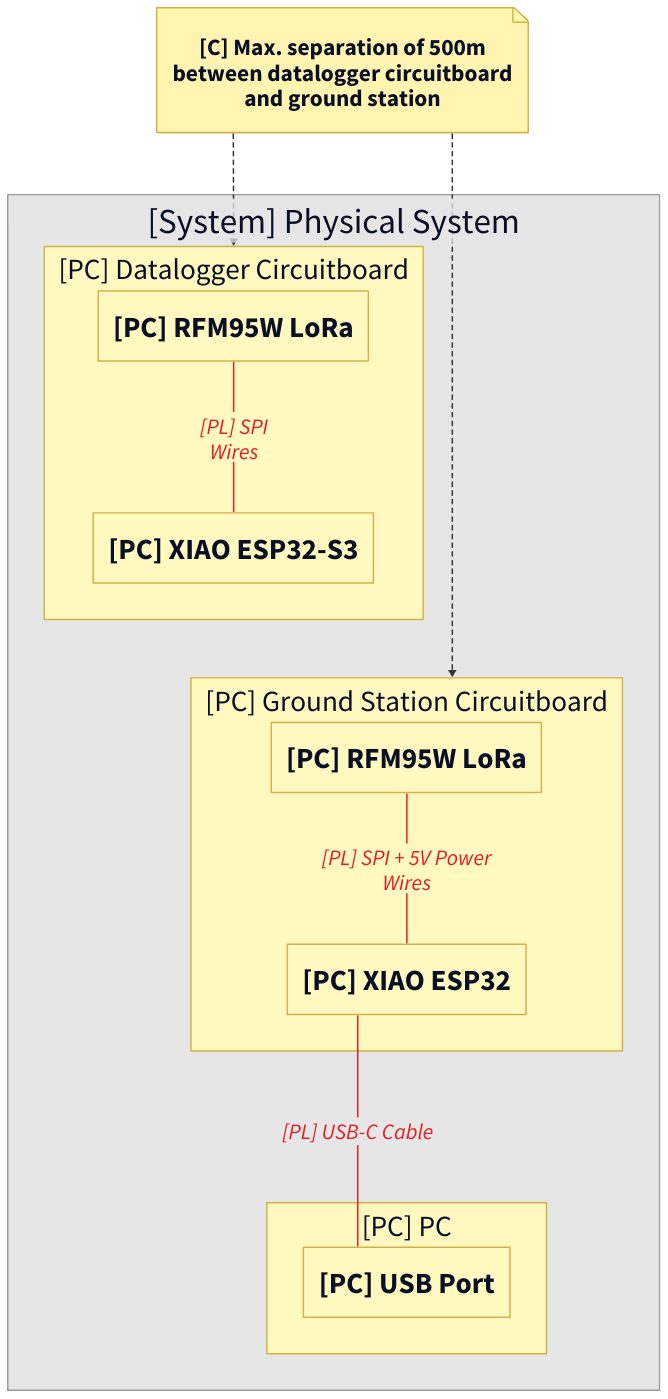
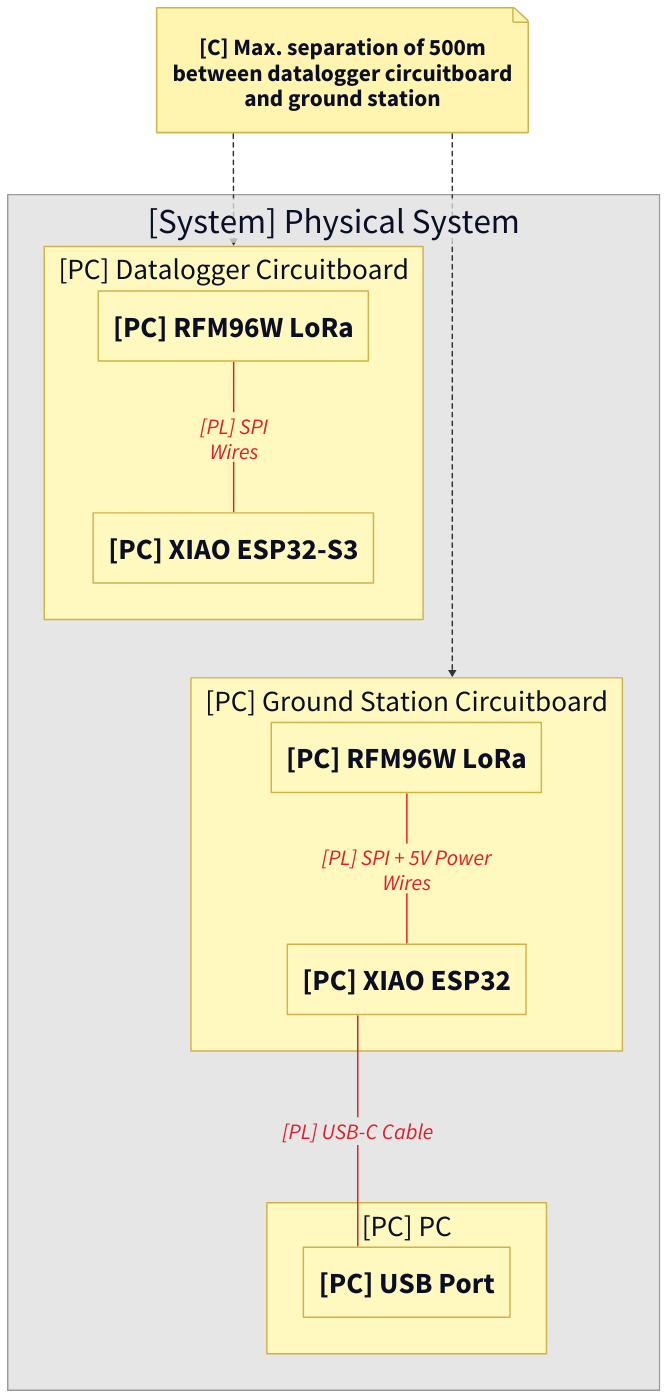
One commit to DeltaLabo/CanSatWorkshop changed the diagram in DPS/MBSE/v0.1/DPS_v0.1_view1_physical.d2. Above: the diagram before and after it, drawn with D2. The commit also changed 285 other files, not shown here.

```diff
--- a/DPS/MBSE/v0.1/DPS_v0.1_view1_physical.d2
+++ b/DPS/MBSE/v0.1/DPS_v0.1_view1_physical.d2
@@ -1,92 +1,92 @@
 vars: {
   d2-config: {
     layout-engine: elk
   }
 }
 
 # Physical view
 # DPS v0.1 keeps the same interfaces as v1.0, but uses simple circuitboards instead of PCBs/modules/CanSat packaging.
 direction: down
 
 classes: {
   func: {
     shape: rectangle
     style: { fill: "#BDFB9B"; stroke: "#166534"; stroke-width: 2; font-size: 36 }
   }
   lc: {
     style: {
       fill: "#A9C7E6"; stroke: "#5B65C9"; stroke-width: 2
       border-radius: 20; font-size: 40
     }
   }
   pc: {
     style: { fill: "#FFF8BF"; stroke: "#D1B24A"; stroke-width: 2; font-size: 40 }
   }
   sys: {
     style: { fill: "#E6E6E6"; stroke: "#9A9A9A"; stroke-width: 2; font-size: 48 }
   }
   ea: {
     shape: rectangle
     style: {
       fill: "#BFEAF4"; stroke: "#5B65C9"; stroke-width: 2
       border-radius: 20; font-size: 40
     }
   }
   note: { style: { fill: "#FFF5B0"; stroke: "#D1B24A"; font-size: 32 } }
   chain: {
     style: {
       fill: "#FFFFFF"; stroke: "#D1B24A"; stroke-width: 2
       border-radius: 20; font-size: 36
     }
   }
   fe:   { style: { stroke: "#1F7A4D"; font-color: "#1F7A4D"; stroke-width: 2; font-size: 30 } }
   ce:   { style: { stroke: "#5B65C9"; font-color: "#5B65C9"; stroke-width: 2; font-size: 30 } }
   pl:   { style: { stroke: "#E11D28"; font-color: "#E11D28"; stroke-width: 2; font-size: 30 } }
   cstr: { style: { stroke: "#333333"; stroke-dash: 3; font-size: 26 } }
 }
 
 system: "[System] Physical System" {
   class: sys
   direction: down
 
   datalogger_board: "[PC] Datalogger Circuitboard" {
     class: pc
     direction: right
 
-    cansat_rfm: "[PC] RFM95W LoRa" { class: pc }
+    cansat_rfm: "[PC] RFM96W LoRa" { class: pc }
     cansat_xiao: "[PC] XIAO ESP32-S3" { class: pc }
   }
 
   ground_station_board: "[PC] Ground Station Circuitboard" {
     class: pc
     direction: right
 
-    ground_rfm: "[PC] RFM95W LoRa" { class: pc }
+    ground_rfm: "[PC] RFM96W LoRa" { class: pc }
     ground_xiao: "[PC] XIAO ESP32" { class: pc }
   }
 
   pc: "[PC] PC" {
     class: pc
     direction: down
 
     usb_port: "[PC] USB Port" { class: pc }
   }
 }
 
 note_separation: "[C] Max. separation of 500m\nbetween datalogger circuitboard\nand ground station" {
   class: note
   shape: page
 }
 
 system.datalogger_board.cansat_rfm -- system.datalogger_board.cansat_xiao: "[PL] SPI\nWires" { class: pl }
 
 system.ground_station_board.ground_rfm -- system.ground_station_board.ground_xiao: "[PL] SPI + 5V Power\nWires" { class: pl }
 
 system.ground_station_board.ground_xiao -- system.pc.usb_port: "[PL] USB-C Cable" { class: pl }
 
 note_separation -> system.datalogger_board { class: cstr }
 note_separation -> system.ground_station_board { class: cstr }
 
 # Layout-only edges to keep the physical bands stacked.
 system.datalogger_board -> system.ground_station_board { style: { opacity: 0 } }
 system.ground_station_board -> system.pc { style: { opacity: 0 } }
```
